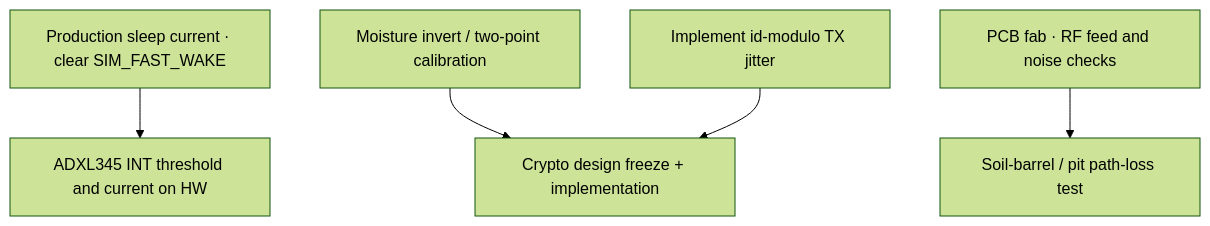
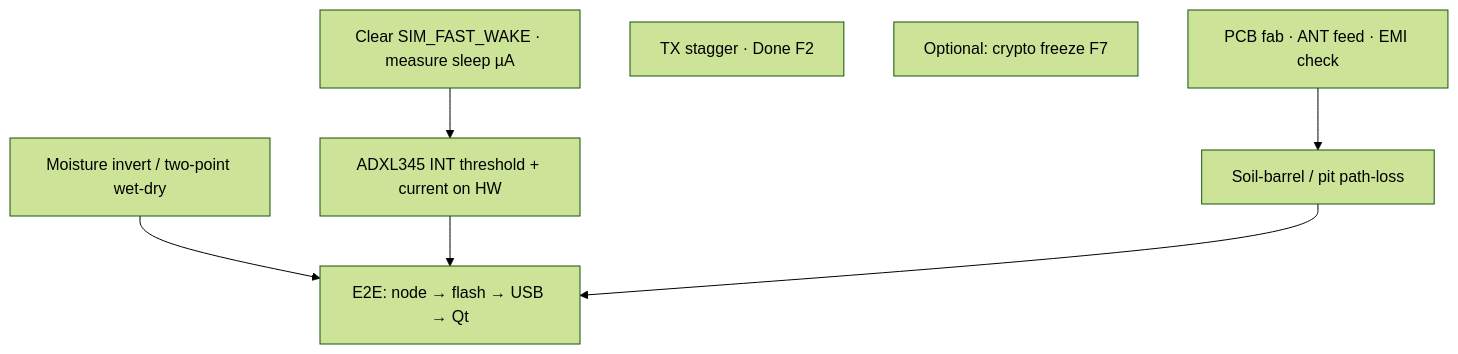
One commit to DevaBDM/SLF-EWN changed diagram 27 of 27 in Project/Challenges and Solutions.md. Above: the diagram before and after it, drawn with Mermaid (forest theme). The commit also changed other lines of this file and 9 other files, not shown here.

````diff
--- a/Project/Challenges and Solutions.md
+++ b/Project/Challenges and Solutions.md
@@ -1000,14 +1160,16 @@
 ```mermaid
 flowchart TB
-  A[Production sleep current · clear SIM_FAST_WAKE]
-  B[Moisture invert / two-point calibration]
-  C[ADXL345 INT threshold and current on HW]
-  D[Implement id-modulo TX jitter]
-  E[Crypto design freeze + implementation]
-  F[PCB fab · RF feed and noise checks]
-  G[Soil-barrel / pit path-loss test]
+  A[Clear SIM_FAST_WAKE · measure sleep µA]
+  B[Moisture invert / two-point wet-dry]
+  C[ADXL345 INT threshold + current on HW]
+  D[TX stagger · Done F2]
+  E[Optional: crypto freeze F7]
+  F[PCB fab · ANT feed · EMI check]
+  G[Soil-barrel / pit path-loss]
+  H[E2E: node → flash → USB → Qt]
   A --> C
-  B --> E
-  D --> E
+  B --> H
+  C --> H
   F --> G
+  G --> H
 ```
````
